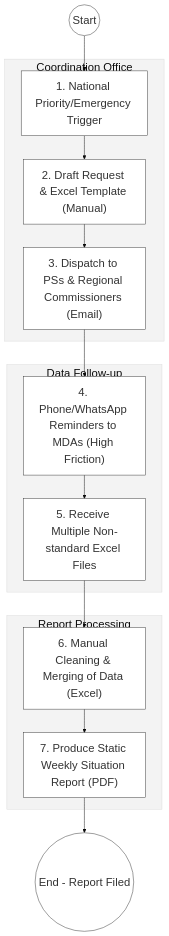
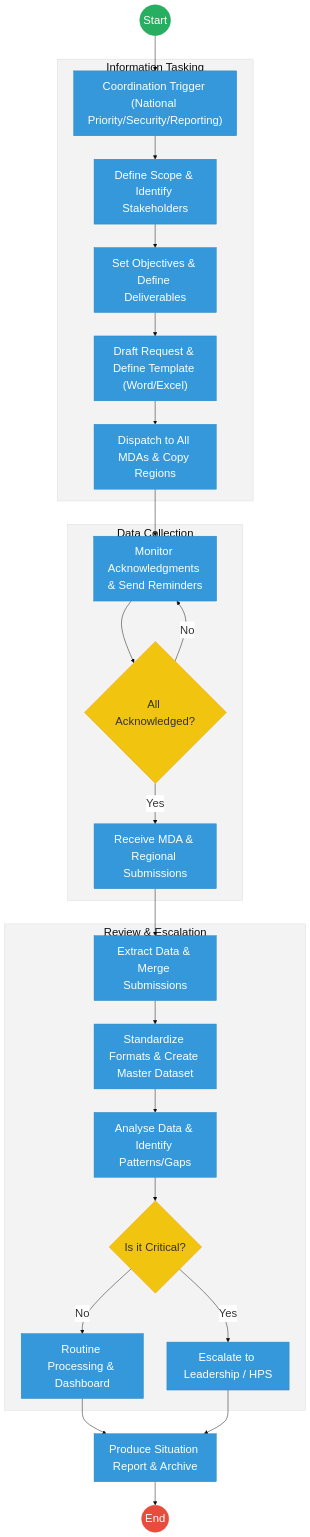
The first of 2 diagrams in mdas/docs_final/priority_mdas/National_Government_Coordination___Service_Delivery.md (BITZ-IT-Consulting-LTD/ictapoc), drawn with Mermaid before and after one commit. The commit also changed other lines of this file and 90 other files, not shown here.

````diff
--- a/mdas/docs_final/priority_mdas/National_Government_Coordination___Service_Delivery.md
+++ b/mdas/docs_final/priority_mdas/National_Government_Coordination___Service_Delivery.md
@@ -77,22 +40,43 @@
 ```mermaid
 %%{init: { 'theme': 'base', 'themeVariables': { 'fontSize': '24px', 'fontFamily': 'Inter, system-ui, sans-serif', 'primaryColor': '#ffffff', 'edgeLabelBackground':'#ffffff', 'tertiaryColor': '#f3f3f3', 'mainBkg': '#ffffff', 'nodeBorder': '#333333' } } }%%
-flowchart TD
-    Start((Start)) --> Trigger["1. National Priority/Emergency Trigger"]
+graph TD
+    Start((Start)) --> Trigger["Coordination Trigger (National Priority/Security/Reporting)"]
     
-    subgraph Tasking_Silo["Coordination Office"]
-        Trigger --> Template["2. Draft Request & Excel Template (Manual)"]
-        Template --> Dispatch["3. Dispatch to PSs & Regional Commissioners (Email)"]
+    subgraph Tasking["Information Tasking"]
+        Trigger --> Scope["Define Scope & Identify Stakeholders"]
+        Scope --> Objectives["Set Objectives & Define Deliverables"]
+        Objectives --> Draft["Draft Request & Define Template (Word/Excel)"]
+        Draft --> Dispatch["Dispatch to All MDAs & Copy Regions"]
     end
+    
+    subgraph Data_Collection["Data Collection"]
+        Dispatch --> Monitor["Monitor Acknowledgments & Send Reminders"]
+        Monitor --> AllAck{"All Acknowledged?"}
+        
+        AllAck -- "No" --> Monitor
+        AllAck -- "Yes" --> Receive["Receive MDA & Regional Submissions"]
+    end
+    
+    subgraph Escalation["Review & Escalation"]
+        Receive --> Extract["Extract Data & Merge Submissions"]
+        Extract --> Standardize["Standardize Formats & Create Master Dataset"]
+        Standardize --> Analyze["Analyse Data & Identify Patterns/Gaps"]
+        Analyze --> Critical{"Is it Critical?"}
+        
+        Critical -- "Yes" --> Escalate["Escalate to Leadership / HPS"]
+        Critical -- "No" --> Routine["Routine Processing & Dashboard"]
+    end
+    
+    Routine --> Report["Produce Situation Report & Archive"]
+    Escalate --> Report
+    Report --> End((End))
 
-    subgraph Collection_Layer["Data Follow-up"]
-        Dispatch --> Reminder["4. Phone/WhatsApp Reminders to MDAs (High Friction)"]
-        Reminder --> Recieve["5. Receive Multiple Non-standard Excel Files"]
-    end
-
-    subgraph Analysis_Silo["Report Processing"]
-        Recieve --> Extract["6. Manual Cleaning & Merging of Data (Excel)"]
-        Extract --> SitRep["7. Produce Static Weekly Situation Report (PDF)"]
-    end
-
-    SitRep --> EndProcess(("End - Report Filed"))
+    classDef start fill:#27ae60,stroke:#27ae60,color:#fff,font-size:24px,font-size:24px;;
+    classDef endNode fill:#e74c3c,stroke:#e74c3c,color:#fff,font-size:24px,font-size:24px;;
+    classDef userTask fill:#3498db,stroke:#2980b9,color:#fff,font-size:24px,font-size:24px;;
+    classDef gateway fill:#f1c40f,stroke:#f39c12,color:#333,font-size:24px,font-size:24px;;
+    class Start start;
+    class End endNode;
+    class AllAck,Critical gateway;
+    class Trigger,Scope,Objectives,Draft,Dispatch,Monitor,Receive,Extract,Standardize,Analyze,Escalate,Routine,Report userTask;
 ```
````
